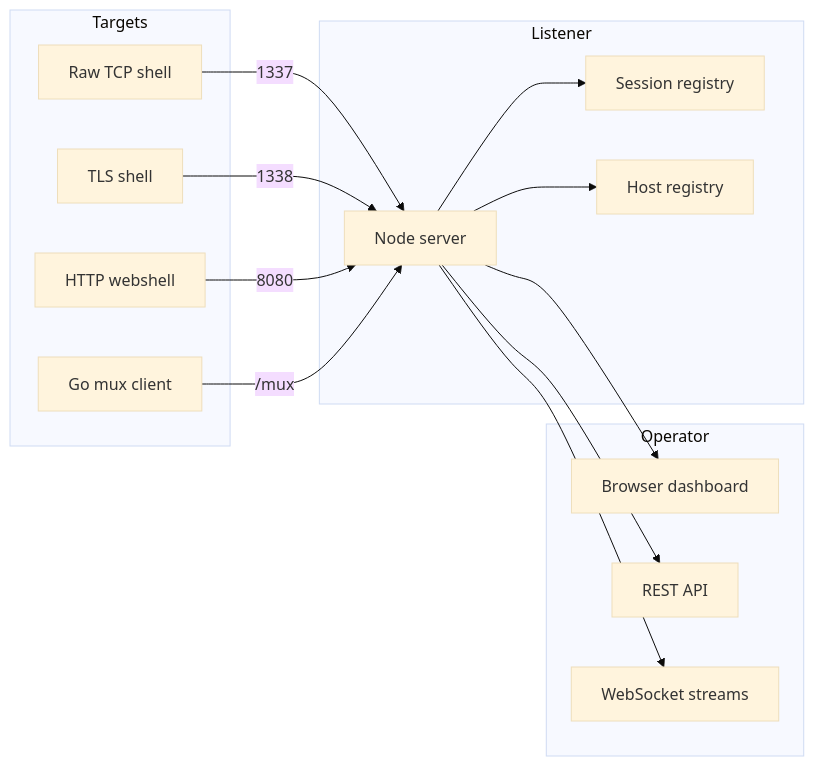
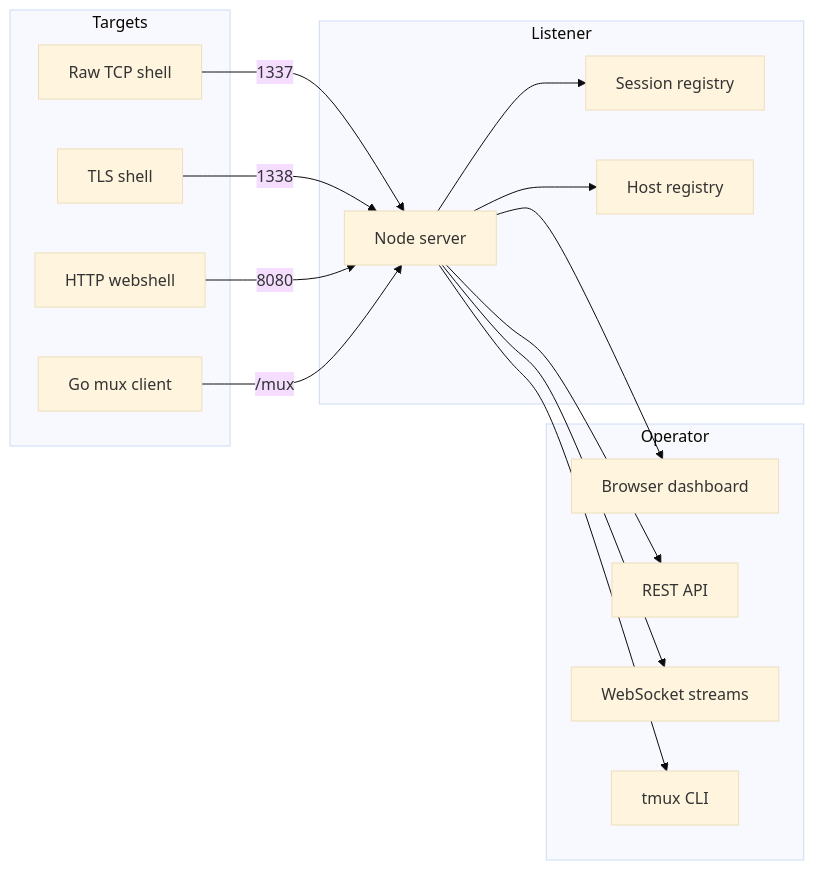
The diagram in README.md (nemanjan00/reverse-shell-listener), drawn with Mermaid (base theme) before and after one commit. The commit also changed other lines of this file and 1 other file, not shown here.

Commit message:
docs: update README and CLAUDE for tmux CLI, API-token WS auth, single-stage Docker

````diff
--- a/README.md
+++ b/README.md
@@ -353,28 +385,30 @@
 ```mermaid
 flowchart LR
     subgraph Targets
         A[Raw TCP shell]
         B[TLS shell]
         C[HTTP webshell]
         D[Go mux client]
     end
     subgraph Listener
         E[Node server]
         F[Session registry]
         G[Host registry]
     end
     subgraph Operator
         H[Browser dashboard]
         I[REST API]
         J[WebSocket streams]
+        K[tmux CLI]
     end
     A --> |1337| E
     B --> |1338| E
     C --> |8080| E
     D --> |/mux| E
     E --> F
     E --> G
     E --> H
     E --> I
     E --> J
+    E --> K
 ```
````
